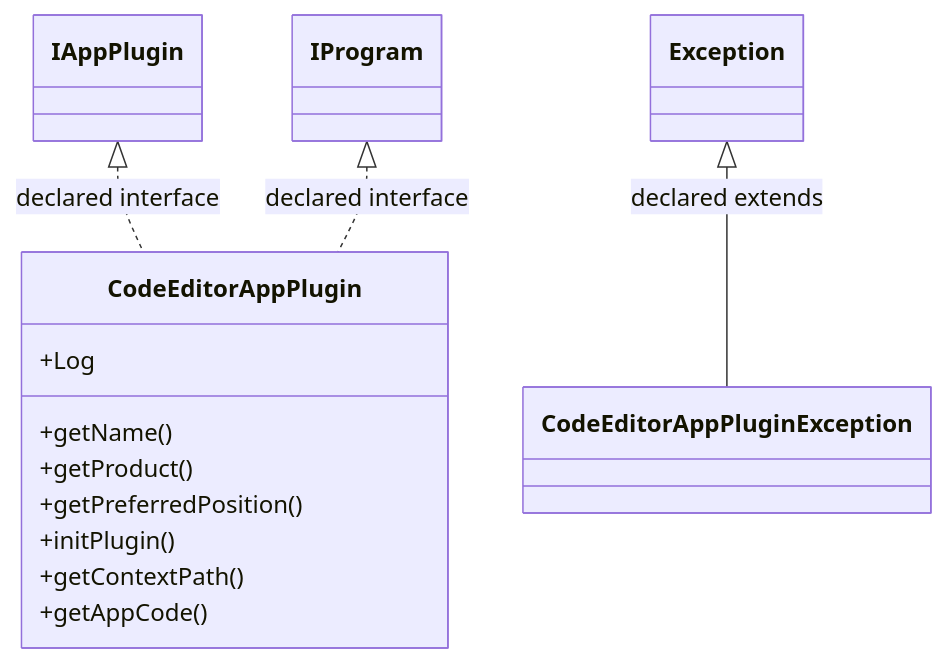
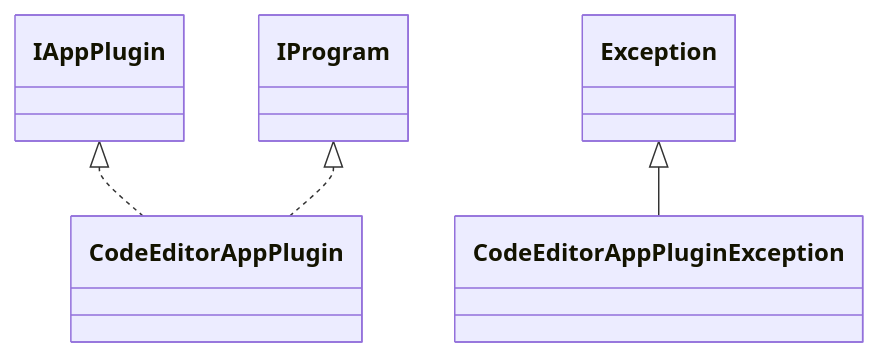
One commit to haruperi/HaruQuantAI changed the diagram in docs/sqx/CodeEditor/AppCodeEditor.md. Above: the diagram before and after it, drawn with Mermaid. The commit also changed other lines of this file and 1688 other files, not shown here.

````diff
--- a/docs/sqx/CodeEditor/AppCodeEditor.md
+++ b/docs/sqx/CodeEditor/AppCodeEditor.md
@@ -30,20 +26,11 @@
 ```mermaid
 classDiagram
-    class C90f46d208b19["CodeEditorAppPlugin"] {
-        +Log
-        +getName()
-        +getProduct()
-        +getPreferredPosition()
-        +initPlugin()
-        +getContextPath()
-        +getAppCode()
-    }
-    class C0a03f02fb540["CodeEditorAppPluginException"] {
-    }
-    class C1b6b4448b67b["IProgram"]
-    class C71ae2af47347["IAppPlugin"]
-    class C4bc2cd7a4e9d["Exception"]
-    C71ae2af47347 <|.. C90f46d208b19 : declared interface
-    C1b6b4448b67b <|.. C90f46d208b19 : declared interface
-    C4bc2cd7a4e9d <|-- C0a03f02fb540 : declared extends
+    class C0["CodeEditorAppPlugin"]
+    class C1["CodeEditorAppPluginException"]
+    class E0["IAppPlugin"]
+    E0 <|.. C0
+    class E1["IProgram"]
+    E1 <|.. C0
+    class E2["Exception"]
+    E2 <|-- C1
 ```
````
